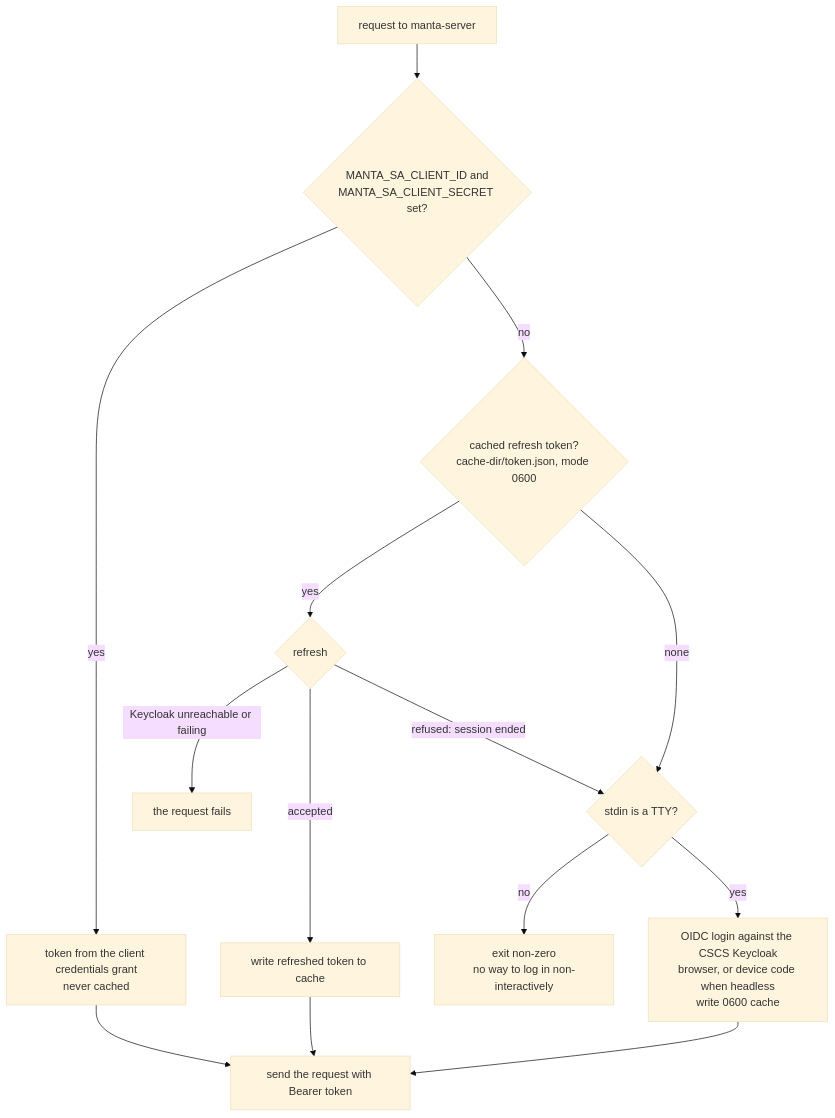
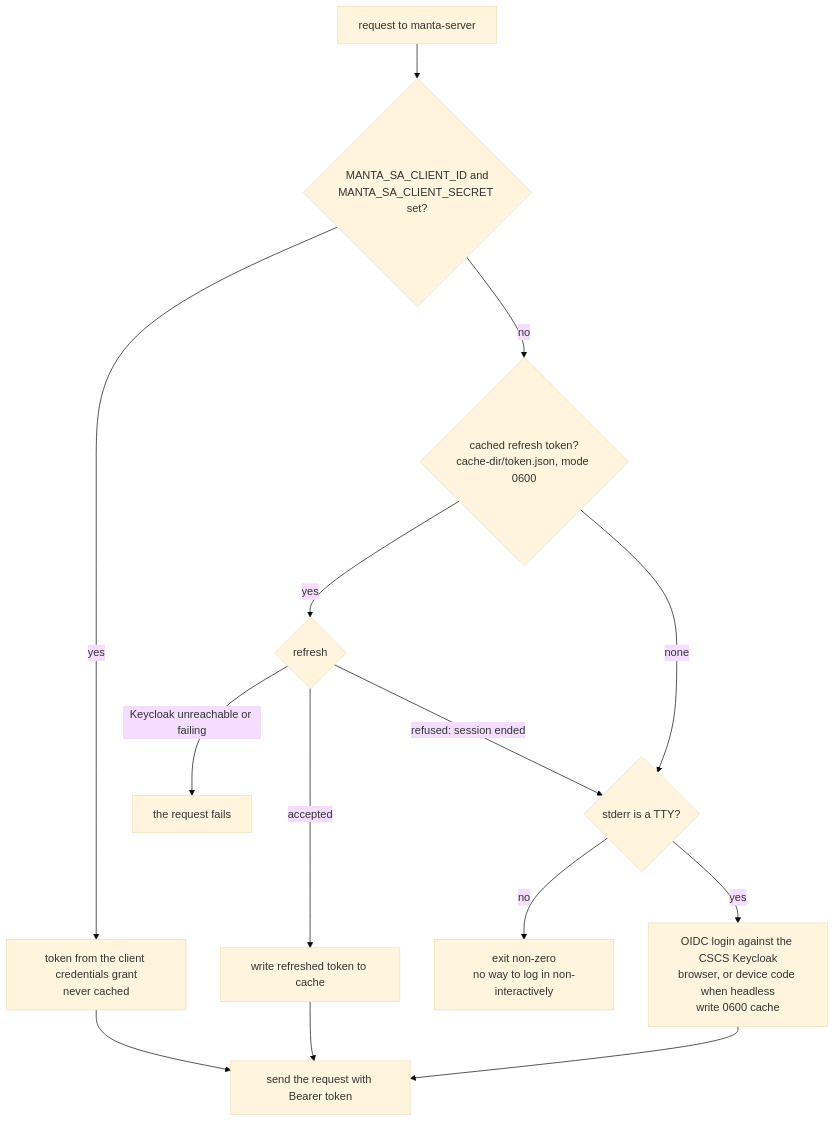
The fourth of 4 diagrams in GUIDE.md (eth-cscs/manta), drawn with Mermaid (base theme) before and after one commit. The commit also changed 3 other files, not shown here.

First line of the commit message:
fix(cli): decide whether a login is possible from stderr, not stdin

````diff
--- a/GUIDE.md
+++ b/GUIDE.md
@@ -766,14 +766,14 @@
 ```mermaid
 flowchart TD
     Start[request to manta-server] --> Env{MANTA_SA_CLIENT_ID and<br/>MANTA_SA_CLIENT_SECRET set?}
     Env -->|yes| SA[token from the client credentials grant<br/>never cached] --> Run[send the request with Bearer token]
     Env -->|no| Cache{cached refresh token?<br/>cache-dir/token.json, mode 0600}
     Cache -->|yes| Refresh{refresh}
     Refresh -->|accepted| Save[write refreshed token to cache] --> Run
     Refresh -->|refused: session ended| TTY
     Refresh -->|Keycloak unreachable or failing| Err[the request fails]
-    Cache -->|none| TTY{stdin is a TTY?}
+    Cache -->|none| TTY{stderr is a TTY?}
     TTY -->|no| Fail[exit non-zero<br/>no way to log in non-interactively]
     TTY -->|yes| Login[OIDC login against the CSCS Keycloak<br/>browser, or device code when headless<br/>write 0600 cache]
     Login --> Run
 ```
````
